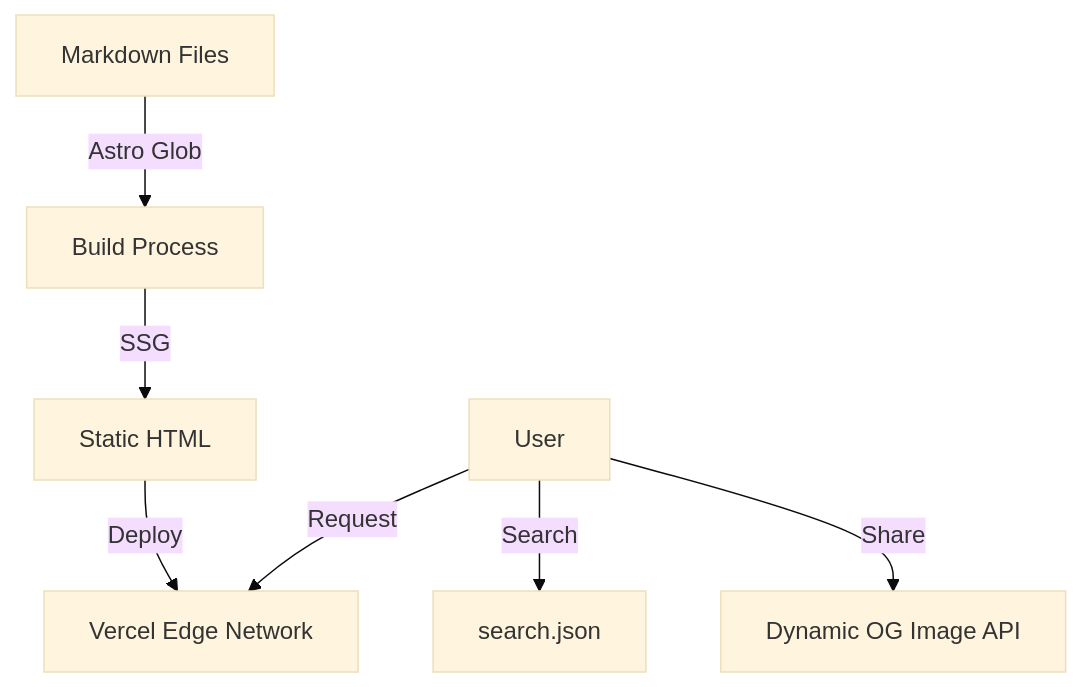
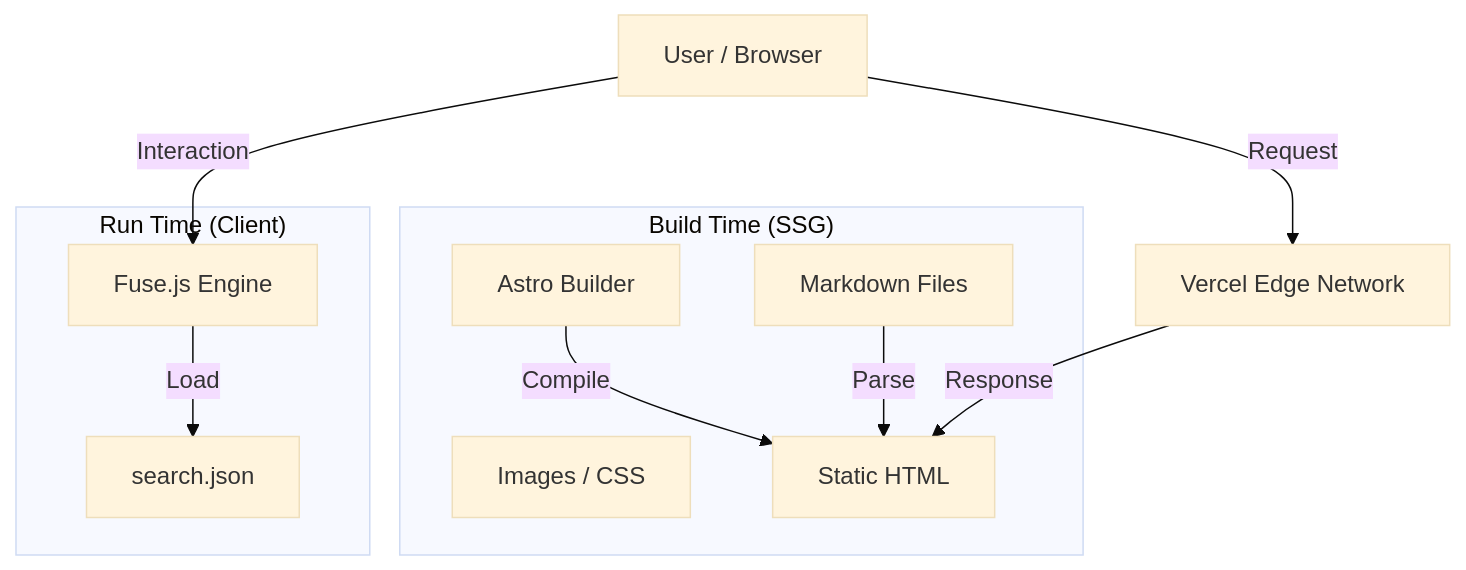
Before and after one commit to TaeGuNi/helloprompt.kr: the diagram in docs/ARCHITECTURE.md, drawn with Mermaid (base theme). The commit also changed other lines of this file and 6 other files, not shown here.

````diff
--- a/docs/ARCHITECTURE.md
+++ b/docs/ARCHITECTURE.md
@@ -24,10 +24,23 @@
 ```mermaid
 graph TD
-    MD[Markdown Files] -->|Astro Glob| Build[Build Process]
-    Build -->|SSG| HTML[Static HTML]
-    HTML -->|Deploy| CDN[Vercel Edge Network]
+    User[User / Browser]
+    Edge[Vercel Edge Network]
 
-    User[User] -->|Request| CDN
-    User -->|Search| Index[search.json]
-    User -->|Share| OG[Dynamic OG Image API]
+    subgraph "Build Time (SSG)"
+        Astro[Astro Builder]
+        MD[Markdown Files]
+        Assets[Images / CSS]
+        Astro -->|Compile| HTML[Static HTML]
+        MD -->|Parse| HTML
+    end
+
+    subgraph "Run Time (Client)"
+        Search[Fuse.js Engine]
+        SearchIndex[search.json]
+    end
+
+    User -->|Request| Edge
+    Edge -->|Response| HTML
+    User -->|Interaction| Search
+    Search -->|Load| SearchIndex
 ```
````
